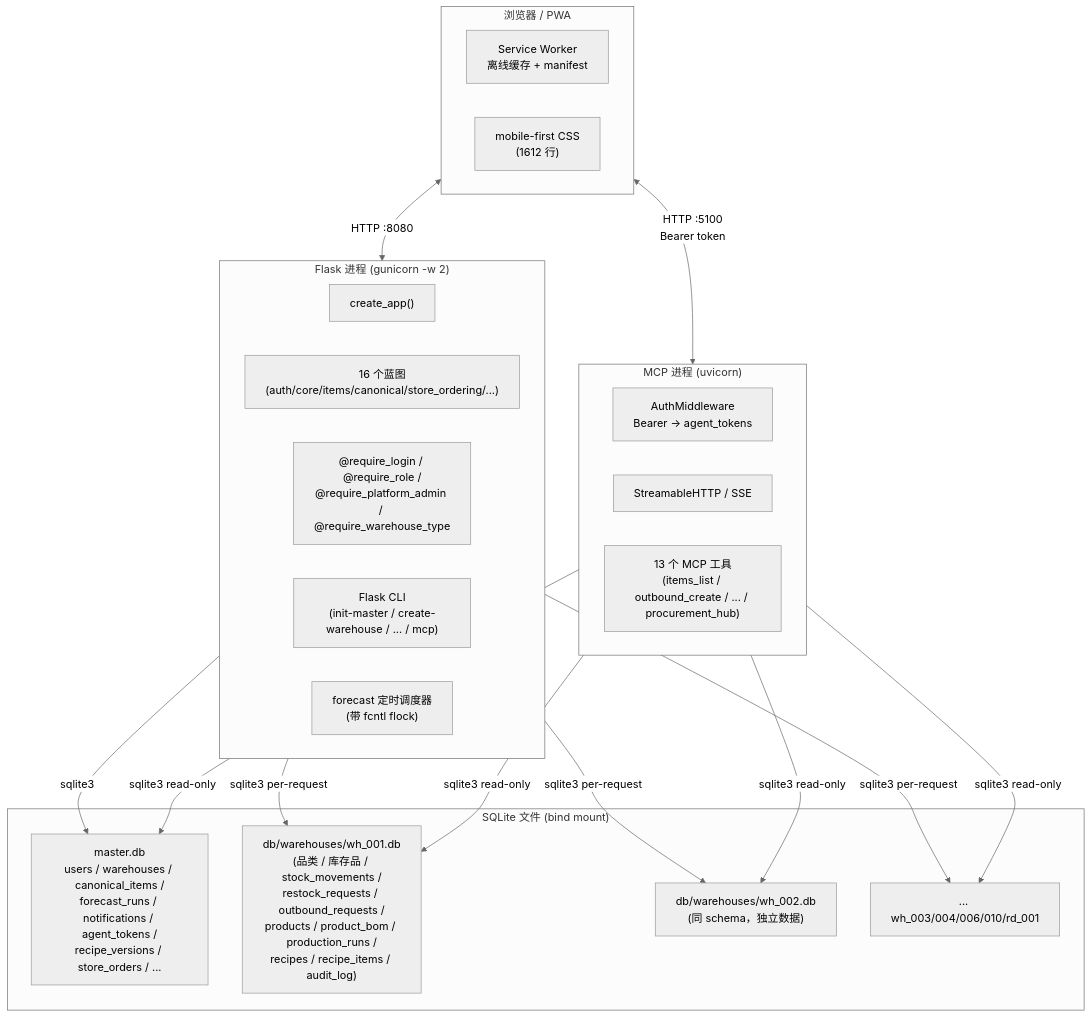
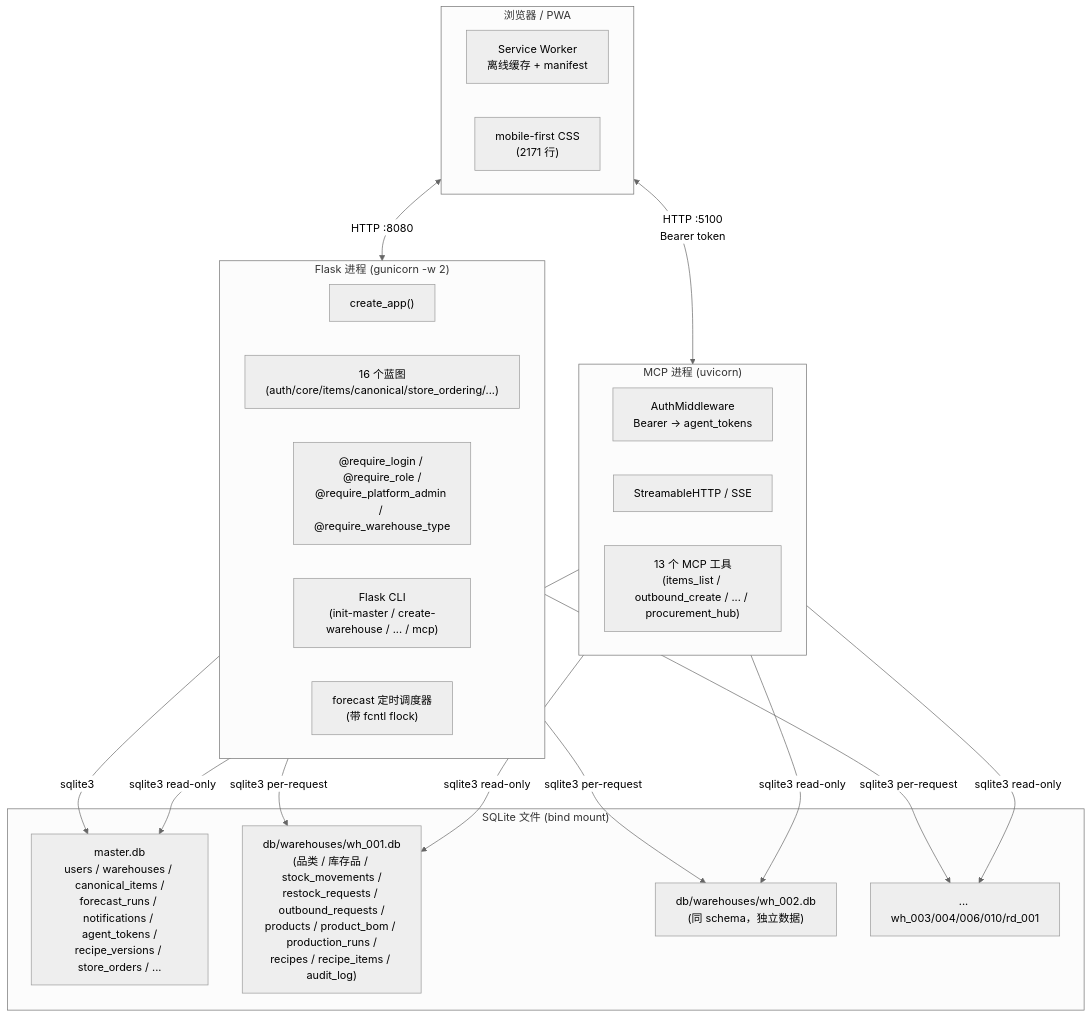
The first of 18 diagrams in docs/ARCHITECTURE.md (DUIDUI-Studio/DailyCheck), drawn with Mermaid (neutral theme) before and after one commit. The commit also changed other lines of this file and 6 other files, not shown here.

````diff
--- a/docs/ARCHITECTURE.md
+++ b/docs/ARCHITECTURE.md
@@ -56,41 +56,41 @@
 ```mermaid
 flowchart TB
     subgraph Browser["浏览器 / PWA"]
         PWA["Service Worker<br/>离线缓存 + manifest"]
-        MobileCSS["mobile-first CSS<br/>(1612 行)"]
+        MobileCSS["mobile-first CSS<br/>(2171 行)"]
     end
 
     subgraph FlaskProc["Flask 进程 (gunicorn -w 2)"]
         AppFactory["create_app()"]
         BP["16 个蓝图<br/>(auth/core/items/canonical/store_ordering/...)"]
         Perm["@require_login / @require_role /<br/>@require_platform_admin / @require_warehouse_type"]
         CLI["Flask CLI<br/>(init-master / create-warehouse / ... / mcp)"]
         Schedule["forecast 定时调度器<br/>(带 fcntl flock)"]
     end
 
     subgraph MCPProc["MCP 进程 (uvicorn)"]
         AuthMW["AuthMiddleware<br/>Bearer → agent_tokens"]
         Streamable["StreamableHTTP / SSE"]
         Tools["13 个 MCP 工具<br/>(items_list / outbound_create / ... / procurement_hub)"]
     end
 
     subgraph Storage["SQLite 文件 (bind mount)"]
         Master["master.db<br/>users / warehouses / canonical_items /<br/>forecast_runs / notifications / agent_tokens /<br/>recipe_versions / store_orders / ..."]
         WH1["db/warehouses/wh_001.db<br/>(品类 / 库存品 / stock_movements /<br/>restock_requests / outbound_requests /<br/>products / product_bom / production_runs /<br/>recipes / recipe_items / audit_log)"]
         WH2["db/warehouses/wh_002.db<br/>(同 schema，独立数据)"]
         WHN["... wh_003/004/006/010/rd_001"]
     end
 
     Browser <-->|HTTP :8080| FlaskProc
     Browser <-->|HTTP :5100<br/>Bearer token| MCPProc
 
     FlaskProc -->|sqlite3| Master
     FlaskProc -->|sqlite3 per-request| WH1
     FlaskProc -->|sqlite3 per-request| WH2
     FlaskProc -->|sqlite3 per-request| WHN
 
     MCPProc -->|sqlite3 read-only| Master
     MCPProc -->|sqlite3 read-only| WH1
     MCPProc -->|sqlite3 read-only| WH2
     MCPProc -->|sqlite3 read-only| WHN
 ```
````
